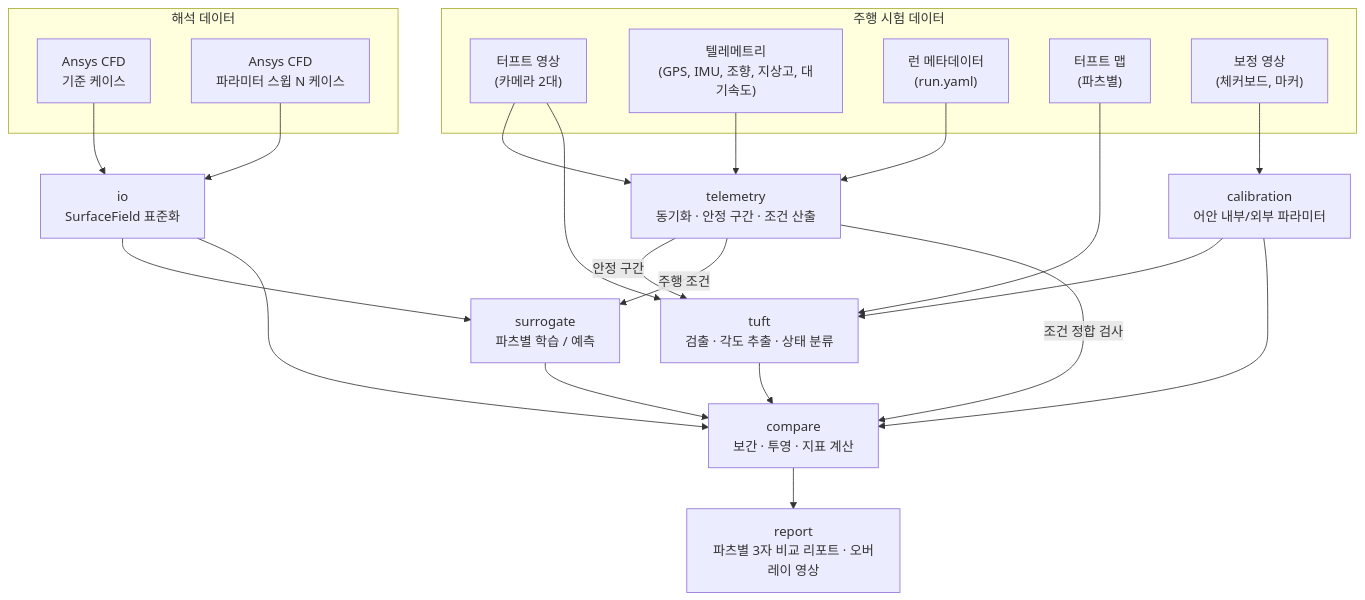
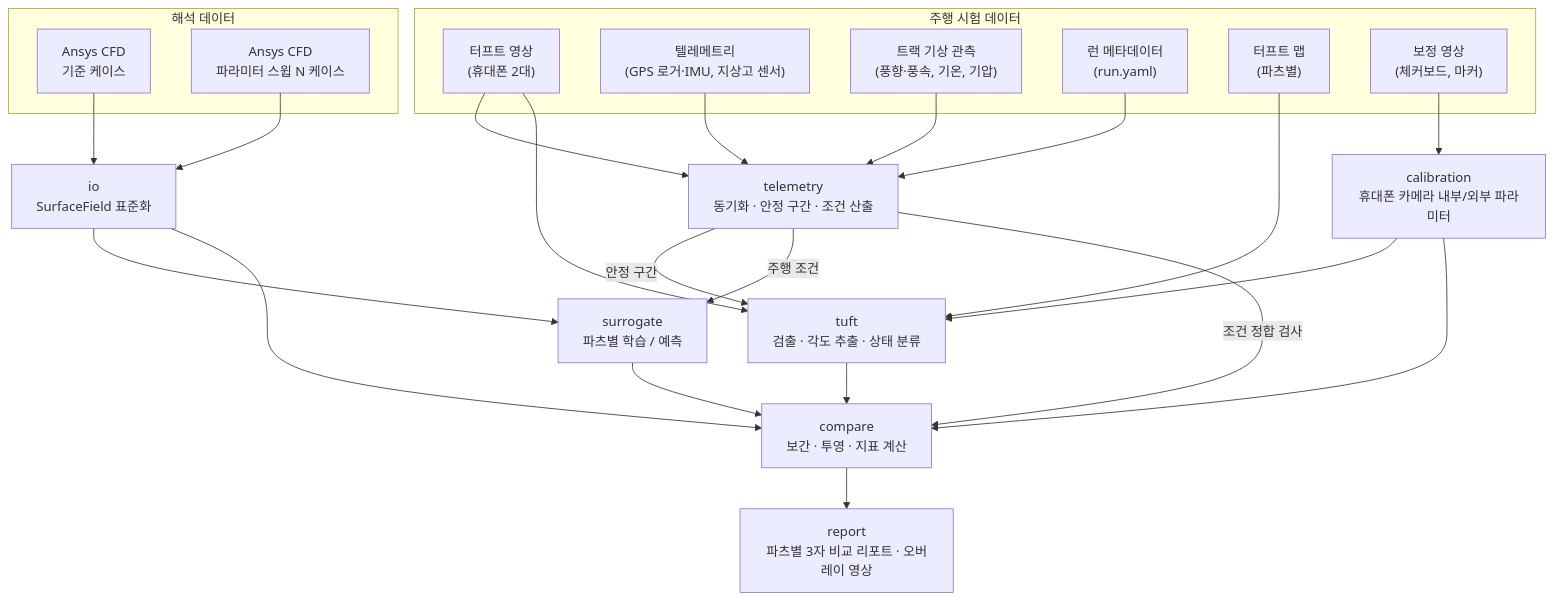
Before and after one commit to luminalaxis/PROJECT_VORTEX: the second of 3 diagrams in docs/DESIGN.md, drawn with Mermaid. The commit also changed other lines of this file and 1 other file, not shown here.

````diff
--- a/docs/DESIGN.md
+++ b/docs/DESIGN.md
@@ -114,38 +116,40 @@
 ```mermaid
 flowchart TB
     subgraph EXP["주행 시험 데이터"]
-        VID["터프트 영상<br/>(카메라 2대)"]
-        TEL["텔레메트리<br/>(GPS, IMU, 조향, 지상고, 대기속도)"]
+        VID["터프트 영상<br/>(휴대폰 2대)"]
+        TEL["텔레메트리<br/>(GPS 로거·IMU, 지상고 센서)"]
+        WX["트랙 기상 관측<br/>(풍향·풍속, 기온, 기압)"]
         META["런 메타데이터<br/>(run.yaml)"]
         TMAP["터프트 맵<br/>(파츠별)"]
         CAL["보정 영상<br/>(체커보드, 마커)"]
     end
 
     subgraph SIM["해석 데이터"]
         CFD1["Ansys CFD<br/>기준 케이스"]
         CFDN["Ansys CFD<br/>파라미터 스윕 N 케이스"]
     end
 
+    WX --> TELM
     TEL --> TELM["telemetry<br/>동기화 · 안정 구간 · 조건 산출"]
     VID --> TELM
     META --> TELM
 
-    CAL --> CALIB["calibration<br/>어안 내부/외부 파라미터"]
+    CAL --> CALIB["calibration<br/>휴대폰 카메라 내부/외부 파라미터"]
     VID --> TUFT["tuft<br/>검출 · 각도 추출 · 상태 분류"]
     TMAP --> TUFT
     CALIB --> TUFT
     TELM -- "안정 구간" --> TUFT
 
     CFD1 --> IO["io<br/>SurfaceField 표준화"]
     CFDN --> IO
     IO --> SUR["surrogate<br/>파츠별 학습 / 예측"]
     TELM -- "주행 조건" --> SUR
 
     TUFT --> CMP["compare<br/>보간 · 투영 · 지표 계산"]
     IO --> CMP
     SUR --> CMP
     CALIB --> CMP
     TELM -- "조건 정합 검사" --> CMP
 
     CMP --> REP["report<br/>파츠별 3자 비교 리포트 · 오버레이 영상"]
 ```
````
